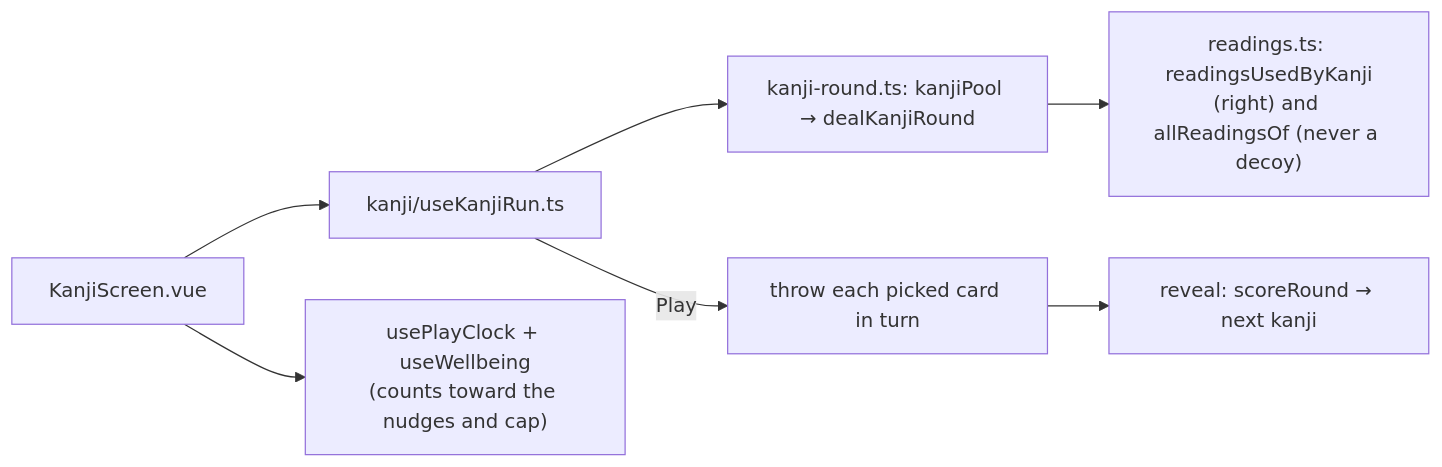
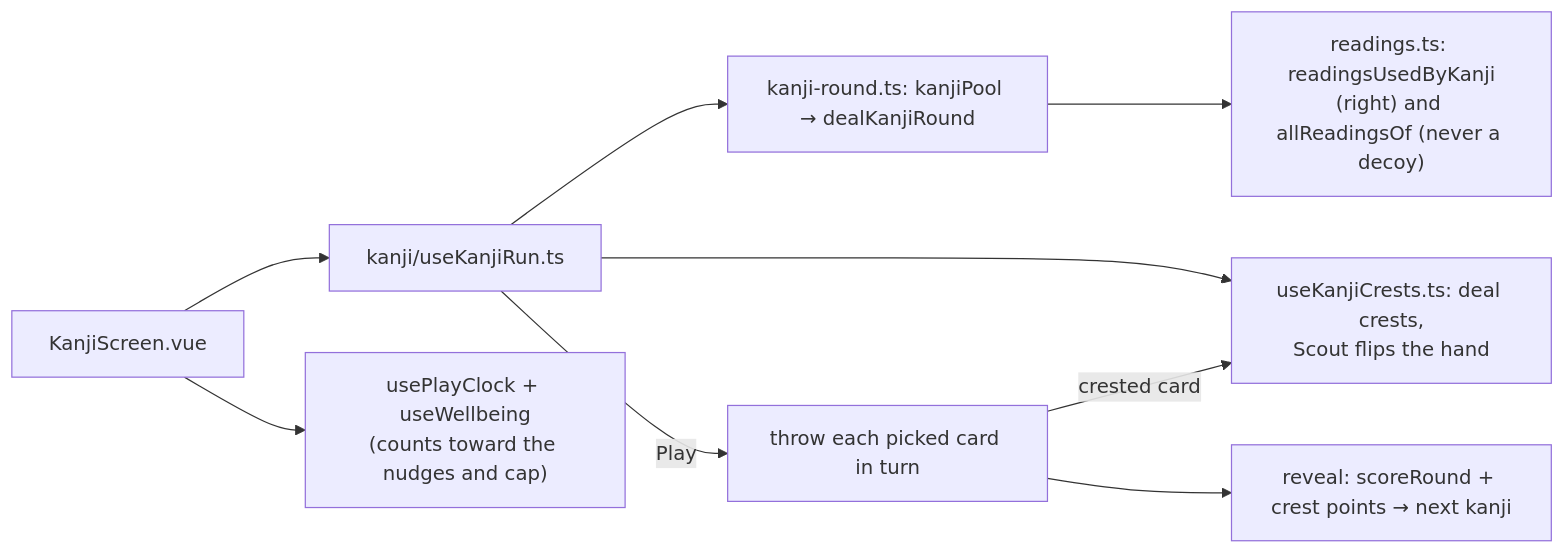
Before and after one commit to NabilRobert/juku-arcade: the third of 3 diagrams in docs/guide.md, drawn with Mermaid. The commit also changed other lines of this file and 21 other files, not shown here.

First line of the commit message:
feat(kanji): add crests and scouting, and colour scouted cards

````diff
--- a/docs/guide.md
+++ b/docs/guide.md
@@ -111,9 +111,11 @@
 ```mermaid
 flowchart LR
     A["KanjiScreen.vue"] --> B["kanji/useKanjiRun.ts"]
     B --> C["kanji-round.ts: kanjiPool → dealKanjiRound"]
     C --> D["readings.ts: readingsUsedByKanji<br/>(right) and allReadingsOf (never a decoy)"]
     B -->|"Play"| E["throw each picked card in turn"]
-    E --> F["reveal: scoreRound → next kanji"]
+    B --> H["useKanjiCrests.ts: deal crests,<br/>Scout flips the hand"]
+    E -->|"crested card"| H
+    E --> F["reveal: scoreRound + crest points → next kanji"]
     A --> G["usePlayClock + useWellbeing<br/>(counts toward the nudges and cap)"]
 ```
````
